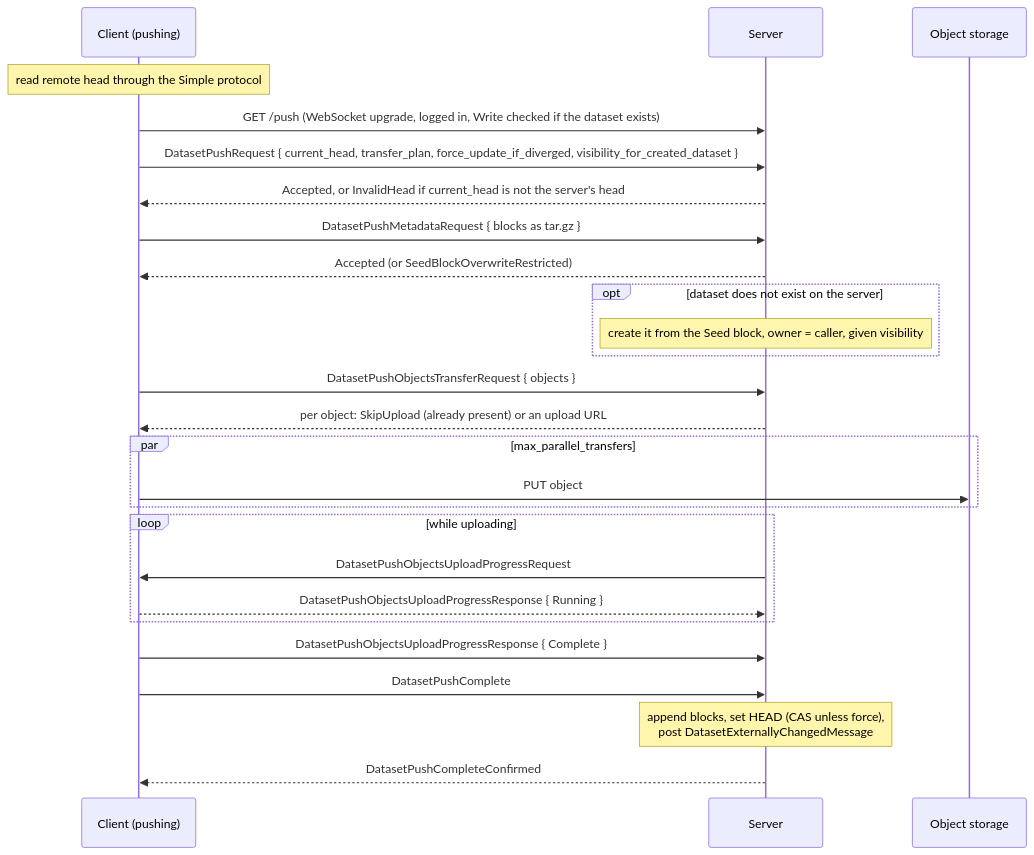
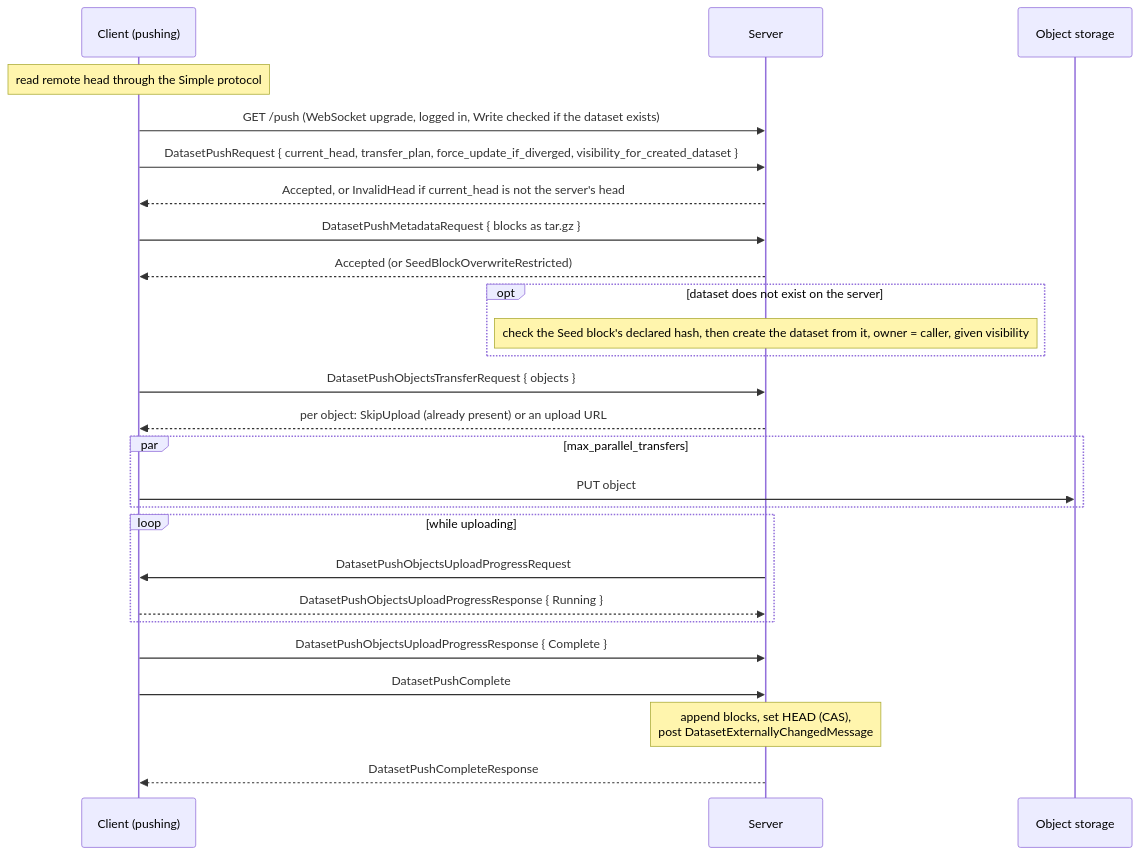
One commit to kamu-data/kamu-cli changed the fourth of 4 diagrams in docs/internal/dataset-sync.md. Above: the diagram before and after it, drawn with Mermaid. The commit also changed other lines of this file and 804 other files, not shown here.

````diff
--- a/docs/internal/dataset-sync.md
+++ b/docs/internal/dataset-sync.md
@@ -276,28 +338,28 @@
 ```mermaid
 sequenceDiagram
     participant C as Client (pushing)
     participant S as Server
     participant O as Object storage
     Note over C: read remote head through the Simple protocol
     C->>S: GET /push (WebSocket upgrade, logged in, Write checked if the dataset exists)
     C->>S: DatasetPushRequest { current_head, transfer_plan, force_update_if_diverged, visibility_for_created_dataset }
     S-->>C: Accepted, or InvalidHead if current_head is not the server's head
     C->>S: DatasetPushMetadataRequest { blocks as tar.gz }
     S-->>C: Accepted (or SeedBlockOverwriteRestricted)
     opt dataset does not exist on the server
-        Note over S: create it from the Seed block, owner = caller, given visibility
+        Note over S: check the Seed block's declared hash, then create the dataset from it, owner = caller, given visibility
     end
     C->>S: DatasetPushObjectsTransferRequest { objects }
     S-->>C: per object: SkipUpload (already present) or an upload URL
     par max_parallel_transfers
         C->>O: PUT object
     end
     loop while uploading
         S->>C: DatasetPushObjectsUploadProgressRequest
         C-->>S: DatasetPushObjectsUploadProgressResponse { Running }
     end
     C->>S: DatasetPushObjectsUploadProgressResponse { Complete }
     C->>S: DatasetPushComplete
-    Note over S: append blocks, set HEAD (CAS unless force),<br/>post DatasetExternallyChangedMessage
-    S-->>C: DatasetPushCompleteConfirmed
+    Note over S: append blocks, set HEAD (CAS),<br/>post DatasetExternallyChangedMessage
+    S-->>C: DatasetPushCompleteResponse
 ```
````
